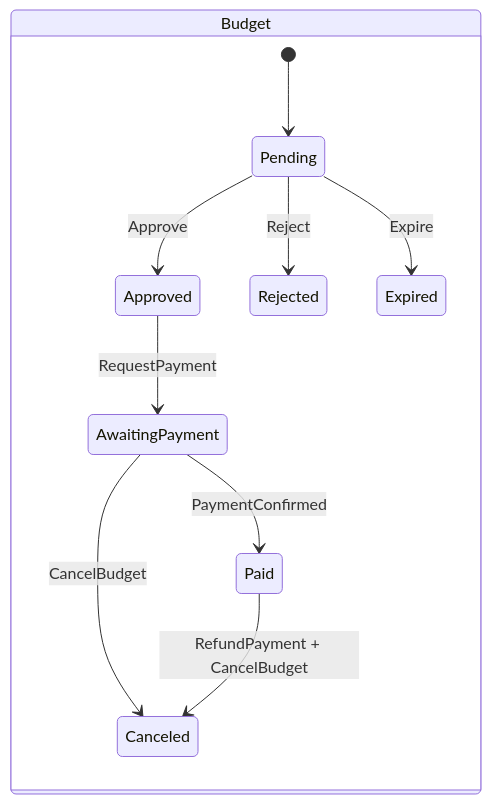
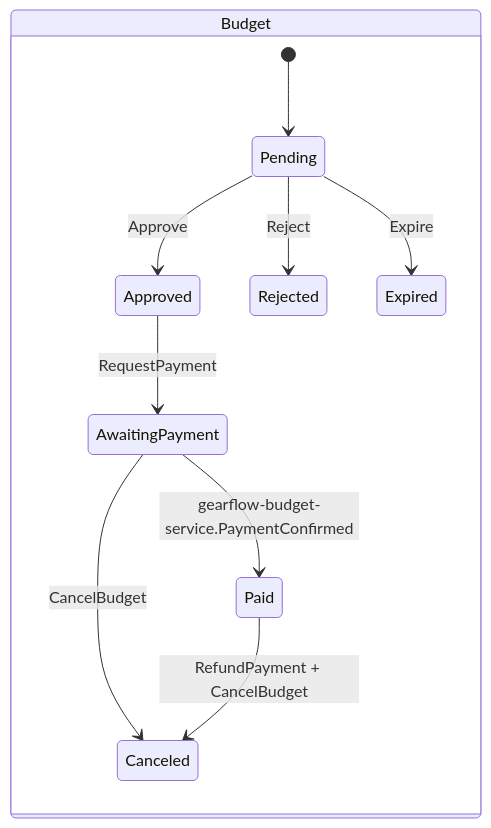
The fifth of 8 diagrams in README.md (Gearflow-Fiap/gearflow-budget-service), drawn with Mermaid before and after one commit. The commit also changed other lines of this file and 29 other files, not shown here.

Commit message:
docs: document billing architecture, mock flow and validation evidence

````diff
--- a/README.md
+++ b/README.md
@@ -547,14 +439,14 @@
 ```mermaid
 stateDiagram-v2
     direction LR
     state Budget {
         [*] --> Pending
         Pending --> Approved: Approve
         Pending --> Rejected: Reject
         Pending --> Expired: Expire
         Approved --> AwaitingPayment: RequestPayment
-        AwaitingPayment --> Paid: PaymentConfirmed
+        AwaitingPayment --> Paid: gearflow-budget-service.PaymentConfirmed
         AwaitingPayment --> Canceled: CancelBudget
         Paid --> Canceled: RefundPayment + CancelBudget
     }
 ```
````
